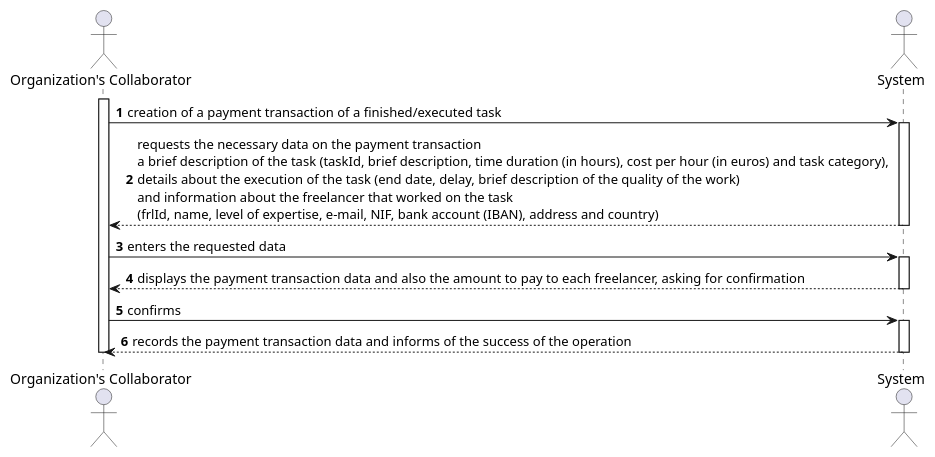
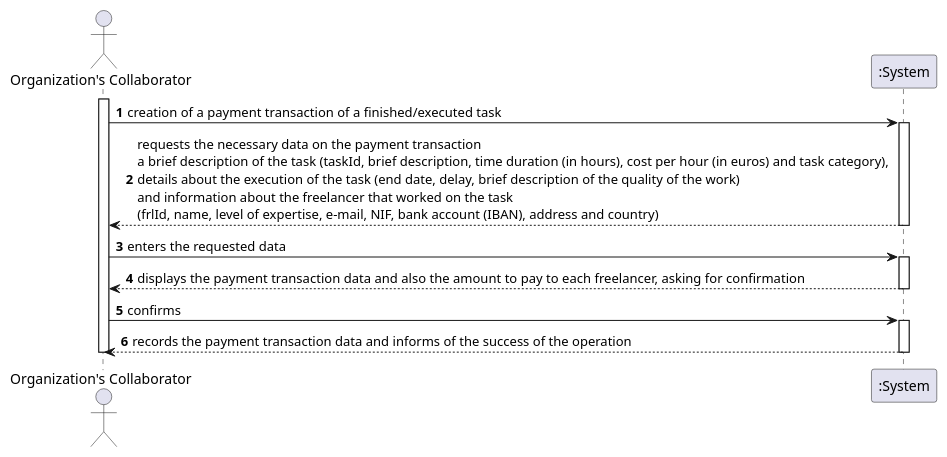
The diagram in docs/UC3 - Create Payment Transaction/UC3_SSD.puml (pedrolemos4/LAPR2), drawn with PlantUML before and after one commit. The commit also changed 12 other files, not shown here.

```diff
--- a/docs/UC3 - Create Payment Transaction/UC3_SSD.puml
+++ b/docs/UC3 - Create Payment Transaction/UC3_SSD.puml
@@ -1,23 +1,22 @@
 @startuml
 autonumber
 actor "Organization's Collaborator" as OC
-actor "System" as S
 
 activate OC
-OC -> S : creation of a payment transaction of a finished/executed task
-activate S
-S --> OC : requests the necessary data on the payment transaction\na brief description of the task (taskId, brief description, time duration (in hours), cost per hour (in euros) and task category), \ndetails about the execution of the task (end date, delay, brief description of the quality of the work)\nand information about the freelancer that worked on the task \n(frlId, name, level of expertise, e-mail, NIF, bank account (IBAN), address and country)
-deactivate S
+OC -> ":System" : creation of a payment transaction of a finished/executed task
+activate ":System"
+":System" --> OC : requests the necessary data on the payment transaction\na brief description of the task (taskId, brief description, time duration (in hours), cost per hour (in euros) and task category), \ndetails about the execution of the task (end date, delay, brief description of the quality of the work)\nand information about the freelancer that worked on the task \n(frlId, name, level of expertise, e-mail, NIF, bank account (IBAN), address and country)
+deactivate ":System"
 
-OC -> S : enters the requested data
-activate S
-S --> OC : displays the payment transaction data and also the amount to pay to each freelancer, asking for confirmation
-deactivate S
+OC -> ":System" : enters the requested data
+activate ":System"
+":System" --> OC : displays the payment transaction data and also the amount to pay to each freelancer, asking for confirmation
+deactivate ":System"
 
-OC -> S : confirms
-activate S
-S --> OC : records the payment transaction data and informs of the success of the operation
-deactivate S
+OC -> ":System" : confirms
+activate ":System"
+":System" --> OC : records the payment transaction data and informs of the success of the operation
+deactivate ":System"
 
 deactivate OC
 @enduml
```
